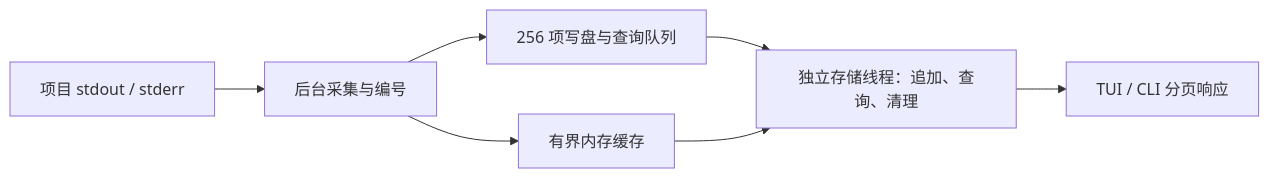
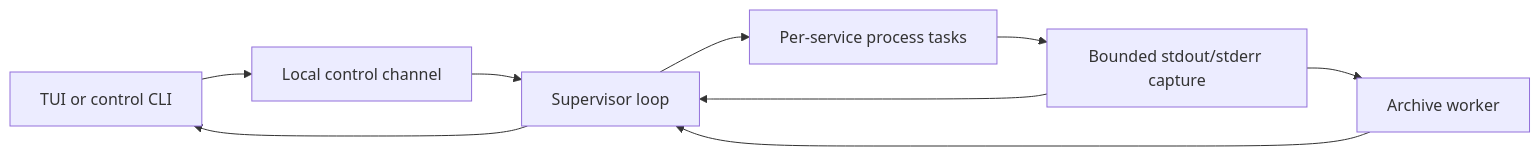
Before and after one commit to Jackie733/devctl: the diagram in DESIGN.md, drawn with Mermaid. The commit also changed other lines of this file and 18 other files, not shown here.

````diff
--- a/DESIGN.md
+++ b/DESIGN.md
@@ -166,9 +12,11 @@
 ```mermaid
 flowchart LR
-    A[项目 stdout / stderr] --> B[后台采集与编号]
-    B --> C[有界内存缓存]
-    B --> D[256 项写盘与查询队列]
-    D --> E[独立存储线程：追加、查询、清理]
-    C --> E
-    E --> F[TUI / CLI 分页响应]
+    C[TUI or control CLI] --> I[Local control channel]
+    I --> S[Supervisor loop]
+    S --> P[Per-service process tasks]
+    P --> L[Bounded stdout/stderr capture]
+    L --> S
+    S --> C
+    L --> A[Archive worker]
+    A --> S
 ```
````
